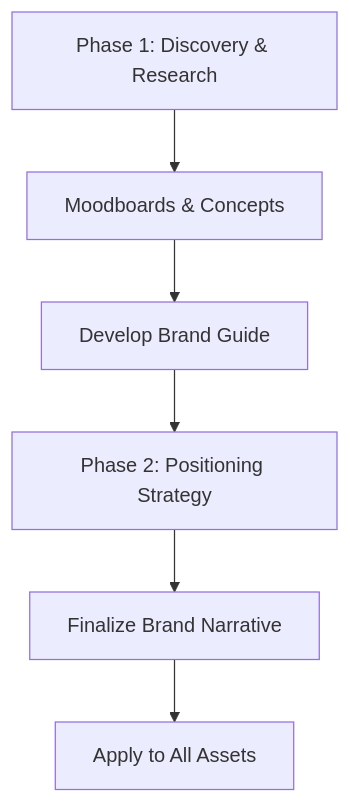
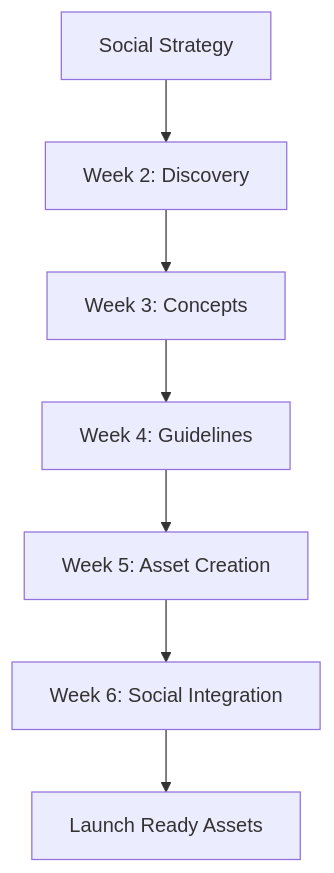
The diagram in docs/pages/branding.mdx (lyfar/medusajs-2.0-for-railway-boilerplate-mThd), drawn with Mermaid before and after one commit. The commit also changed other lines of this file and 32 other files, not shown here.

````diff
--- a/docs/pages/branding.mdx
+++ b/docs/pages/branding.mdx
@@ -21,8 +28,10 @@
 ```mermaid
 graph TD
-    A[Phase 1: Discovery & Research] --> B[Moodboards & Concepts];
-    B --> C[Develop Brand Guide];
-    C --> D[Phase 2: Positioning Strategy];
-    D --> E[Finalize Brand Narrative];
-    E --> F[Apply to All Assets];
+    A[Week 2: Discovery] --> B[Week 3: Concepts];
+    B --> C[Week 4: Guidelines];
+    C --> D[Week 5: Asset Creation];
+    D --> E[Week 6: Social Integration];
+    
+    F[Social Strategy] --> A;
+    E --> G[Launch Ready Assets];
 ```
````
